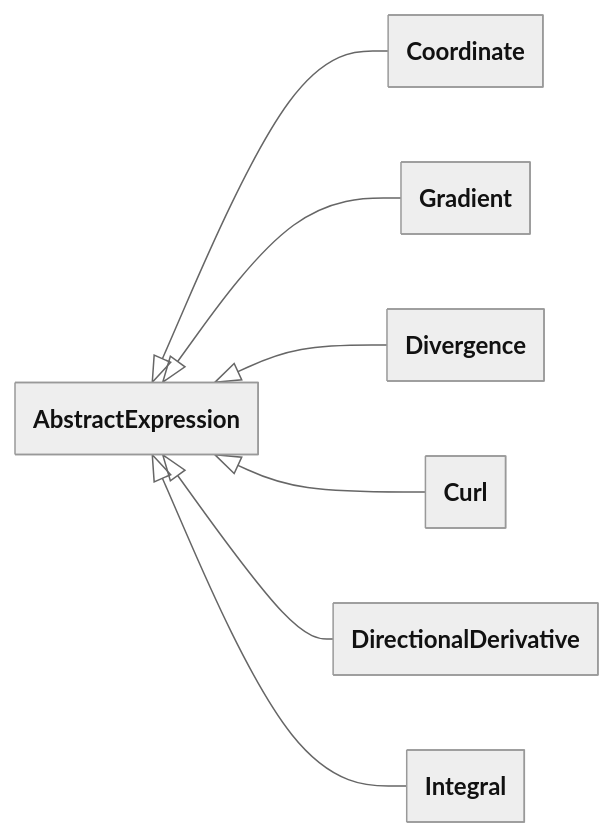
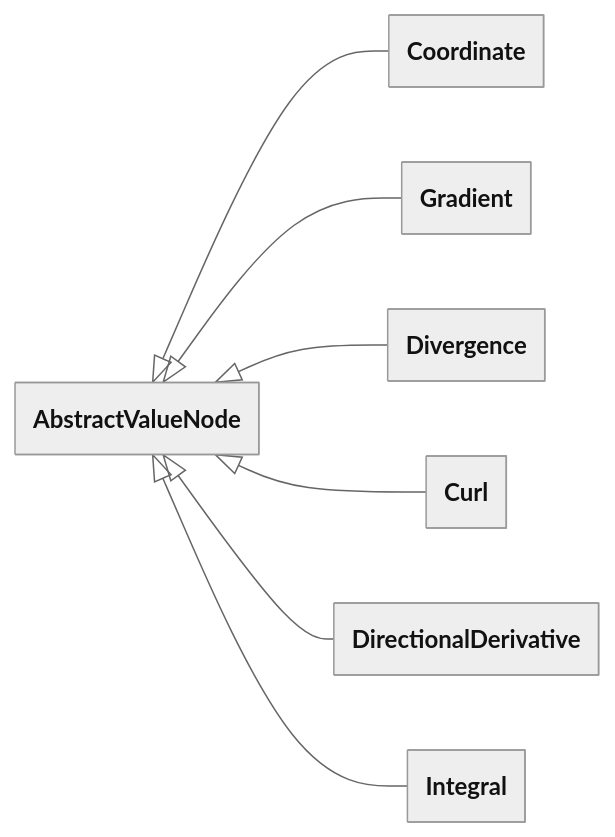
The sixth of 12 diagrams in design/language.md (FEniCS/uflx), drawn with Mermaid before and after one commit. The commit also changed other lines of this file and 9 other files, not shown here.

````diff
--- a/design/language.md
+++ b/design/language.md
@@ -4057,20 +4353,20 @@
 ```mermaid
 ---
 config:
   theme: neutral
   look: classic
   class:
     theme: neutral
     look: classic
     hideEmptyMembersBox: true
 ---
 classDiagram
     direction LR
     accTitle: Calculus on a domain class hierarchy
-    AbstractExpression <|-- Coordinate
-    AbstractExpression <|-- Gradient
-    AbstractExpression <|-- Divergence
-    AbstractExpression <|-- Curl
-    AbstractExpression <|-- DirectionalDerivative
-    AbstractExpression <|-- Integral
+    AbstractValueNode <|-- Coordinate
+    AbstractValueNode <|-- Gradient
+    AbstractValueNode <|-- Divergence
+    AbstractValueNode <|-- Curl
+    AbstractValueNode <|-- DirectionalDerivative
+    AbstractValueNode <|-- Integral
 ```
````
